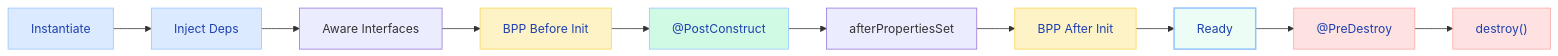
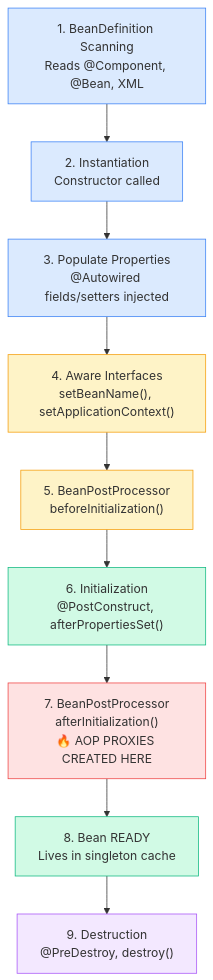
Before and after one commit to saivamsikaruturi/vamsilabs-dev-notes-main: the third of 4 diagrams in docs/springboot/SpringIOC.md, drawn with Mermaid. The commit also changed other lines of this file and 21 other files, not shown here.

````diff
--- a/docs/springboot/SpringIOC.md
+++ b/docs/springboot/SpringIOC.md
@@ -113,21 +300,21 @@
 ```mermaid
-flowchart LR
-    A["Instantiate"] --> B["Inject Deps"]
-    B --> C["Aware Interfaces"]
-    C --> D["BPP Before Init"]
-    D --> E["@PostConstruct"]
-    E --> F["afterPropertiesSet"]
-    F --> G["BPP After Init"]
-    G --> H["Ready"]
-    H --> I["@PreDestroy"]
-    I --> J["destroy()"]
+flowchart TD
+    A["1. BeanDefinition Scanning<br/>Reads @Component, @Bean, XML"] --> B["2. Instantiation<br/>Constructor called"]
+    B --> C["3. Populate Properties<br/>@Autowired fields/setters injected"]
+    C --> D["4. Aware Interfaces<br/>setBeanName(), setApplicationContext()"]
+    D --> E["5. BeanPostProcessor<br/>beforeInitialization()"]
+    E --> F["6. Initialization<br/>@PostConstruct, afterPropertiesSet()"]
+    F --> G["7. BeanPostProcessor<br/>afterInitialization()<br/>🔥 AOP PROXIES CREATED HERE"]
+    G --> H["8. Bean READY<br/>Lives in singleton cache"]
+    H --> I["9. Destruction<br/>@PreDestroy, destroy()"]
 
-    style A fill:#DBEAFE,stroke:#93C5FD,color:#1E40AF
-    style B fill:#DBEAFE,stroke:#93C5FD,color:#1E40AF
-    style D fill:#FEF3C7,stroke:#FCD34D,color:#1E40AF
-    style E fill:#D1FAE5,stroke:#93C5FD,color:#1E40AF
-    style G fill:#FEF3C7,stroke:#FCD34D,color:#1E40AF
-    style H fill:#ECFDF5,stroke:#93C5FD,stroke-width:2px,color:#1E40AF
-    style I fill:#FEE2E2,stroke:#FCA5A5,color:#1E40AF
-    style J fill:#FEE2E2,stroke:#FCA5A5,color:#1E40AF
+    style A fill:#dbeafe,stroke:#3b82f6
+    style B fill:#dbeafe,stroke:#3b82f6
+    style C fill:#dbeafe,stroke:#3b82f6
+    style D fill:#fef3c7,stroke:#f59e0b
+    style E fill:#fef3c7,stroke:#f59e0b
+    style F fill:#d1fae5,stroke:#10b981
+    style G fill:#fee2e2,stroke:#ef4444
+    style H fill:#d1fae5,stroke:#10b981
+    style I fill:#f3e8ff,stroke:#a855f7
 ```
````
